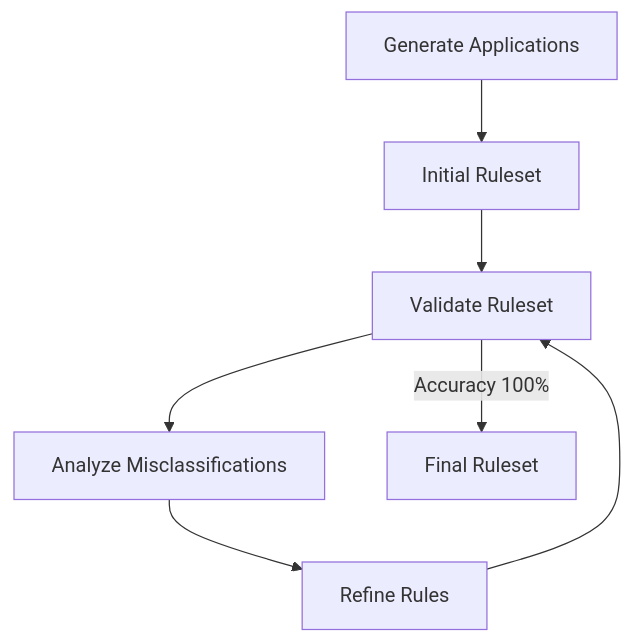
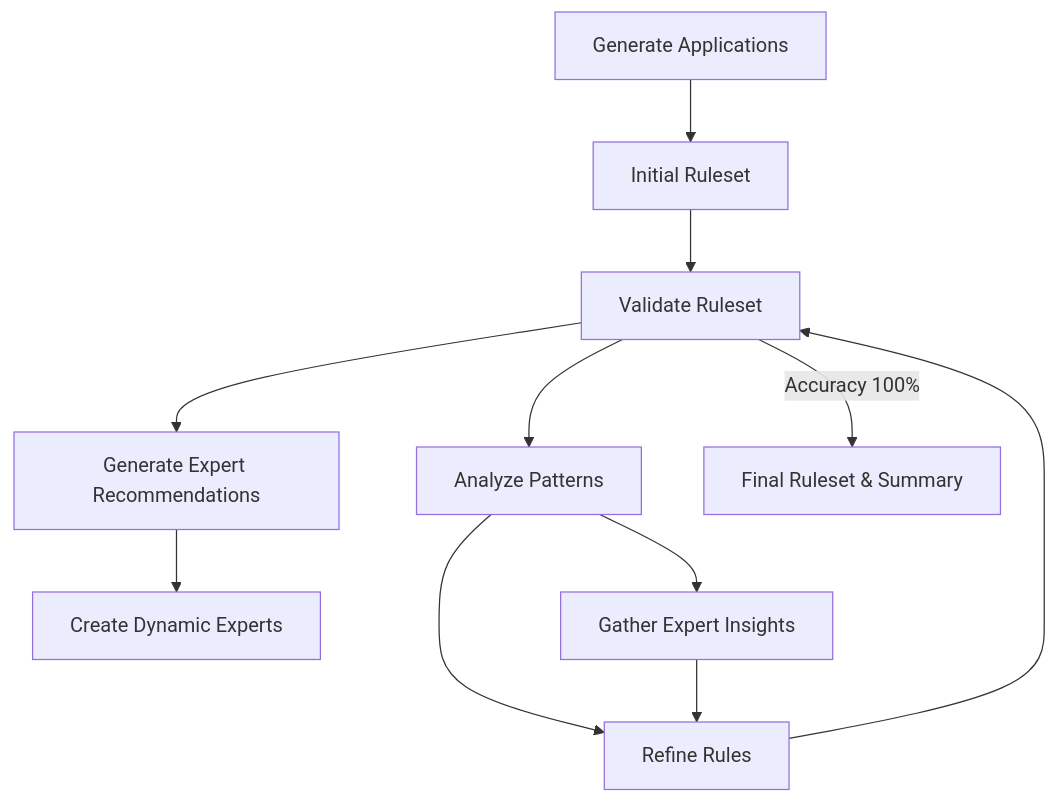
Before and after one commit to xwrx-io/meta-agent: the diagram in README.md, drawn with Mermaid. The commit also changed other lines of this file, not shown here.

````diff
--- a/README.md
+++ b/README.md
@@ -125,9 +100,13 @@
 ```mermaid
 graph TD
     A[Generate Applications] --> B[Initial Ruleset]
     B --> C[Validate Ruleset]
-    C --> D[Analyze Misclassifications]
+    C --> G[Generate Expert Recommendations]
+    G --> H[Create Dynamic Experts]
+    C --> D[Analyze Patterns]
+    D --> I[Gather Expert Insights]
     D --> E[Refine Rules]
+    I --> E
     E --> C
-    C -->|Accuracy 100%| F[Final Ruleset]
+    C -->|Accuracy 100%| F[Final Ruleset & Summary]
 ```
````
